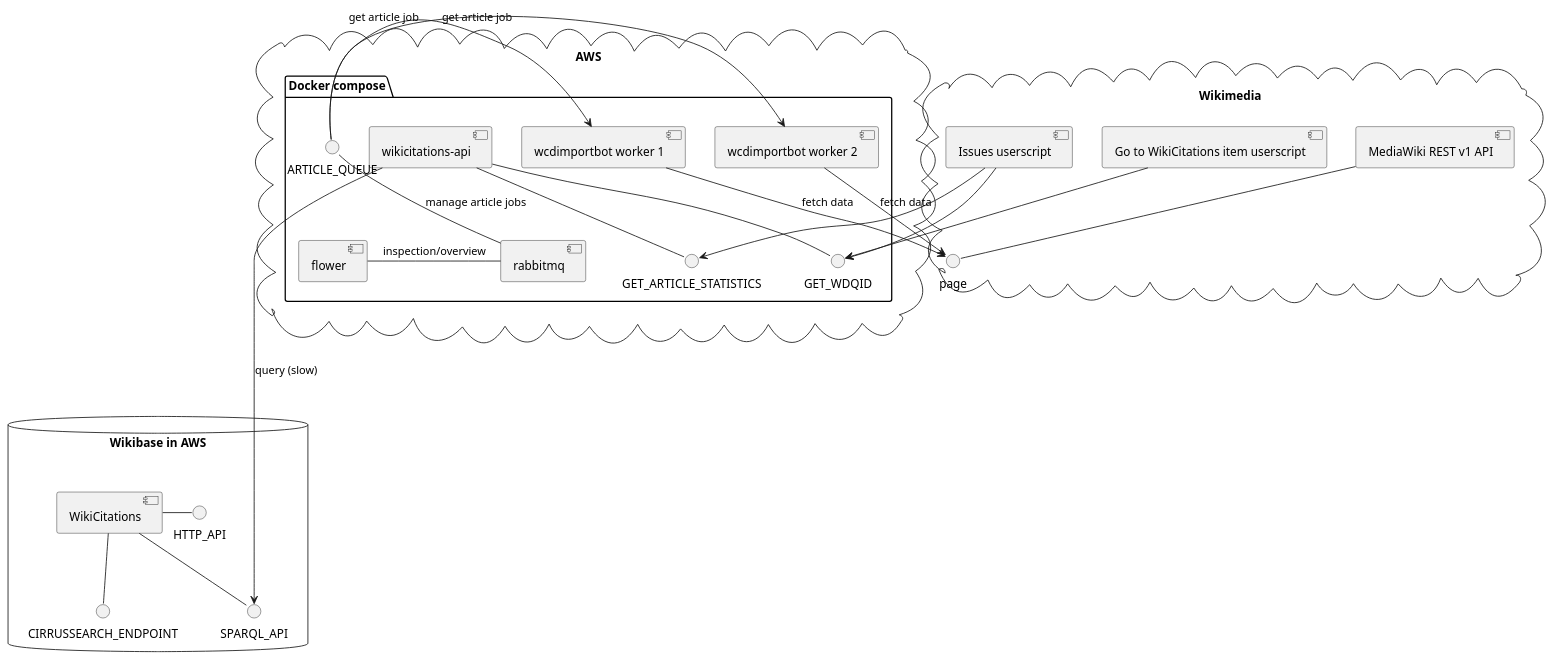
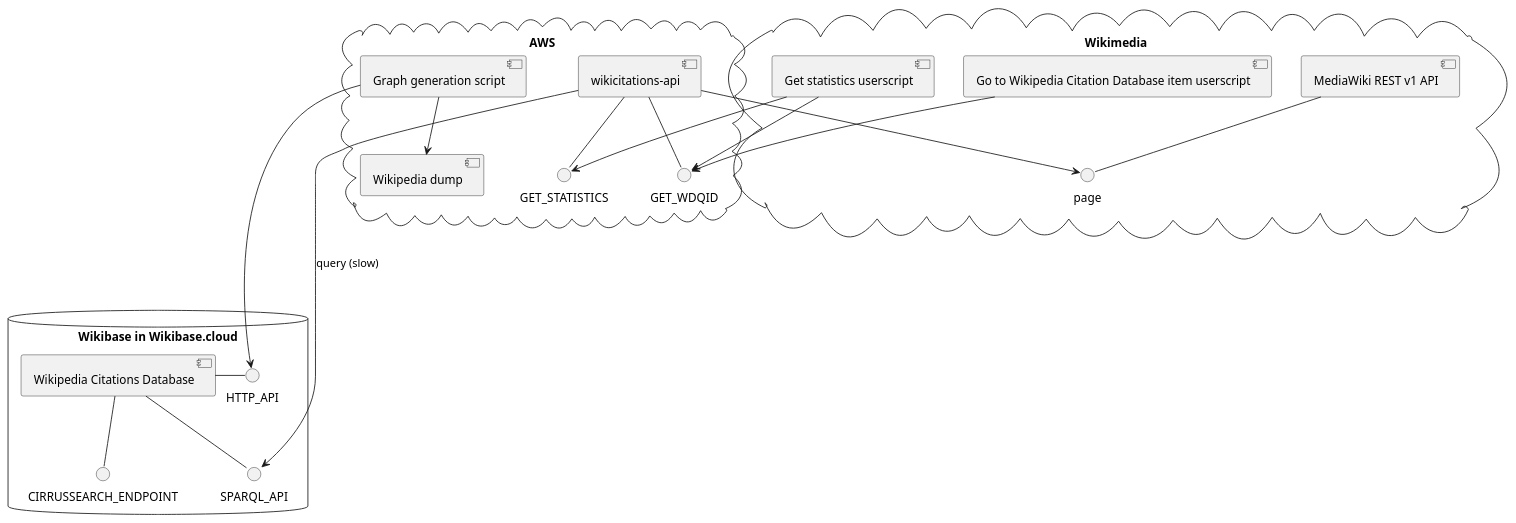
One commit to internetarchive/iari changed the diagram in diagrams/components.puml. Above: the diagram before and after it, drawn with PlantUML. The commit also changed 1 other file, not shown here.

```diff
--- a/diagrams/components.puml
+++ b/diagrams/components.puml
@@ -1,36 +1,30 @@
 @startuml
 'https://plantuml.com/component-diagram
 
-cloud "AWS" {
-    package "Docker compose" {
-        [flower] as F
-        [rabbitmq] as RM
-        [wikicitations-api] as WA
-        [wcdimportbot worker 1] as WW1
-        [wcdimportbot worker 2] as WW2
-        F -RM : inspection/overview
-        ARTICLE_QUEUE -- RM : manage article jobs
-        ARTICLE_QUEUE -> WW1 : get article job
-        ARTICLE_QUEUE -> WW2 : get article job
-        WA -- GET_WDQID
-        WA -- GET_ARTICLE_STATISTICS
-    }
+cloud AWS {
+    [Wikipedia dump] as WD
+    [Graph generation script] as GGS
+    GGS --> WD
+    [wikicitations-api] as WA
+    WA -- GET_WDQID
+    WA -- GET_STATISTICS
 }
 
 cloud "Wikimedia"{
-  [Issues userscript] --> GET_ARTICLE_STATISTICS
-  [Issues userscript] --> GET_WDQID
-  [Go to WikiCitations item userscript] --> GET_WDQID
+  WA --> page
+  [Get statistics userscript] as US
+  US --> GET_STATISTICS
+  US --> GET_WDQID
+  [Go to Wikipedia Citation Database item userscript] --> GET_WDQID
   [MediaWiki REST v1 API] -- page
-   WW1 -> page : fetch data
-   WW2 -> page : fetch data
 }
 
-database "Wikibase in AWS" {
-    [WikiCitations] as WC
+database "Wikibase in Wikibase.cloud" {
+    GGS --> HTTP_API
+    [Wikipedia Citations Database] as WC
     WC -- CIRRUSSEARCH_ENDPOINT
     WC - HTTP_API
     WC -- SPARQL_API
     WA -----> SPARQL_API : query (slow)
 }
 @enduml
```
